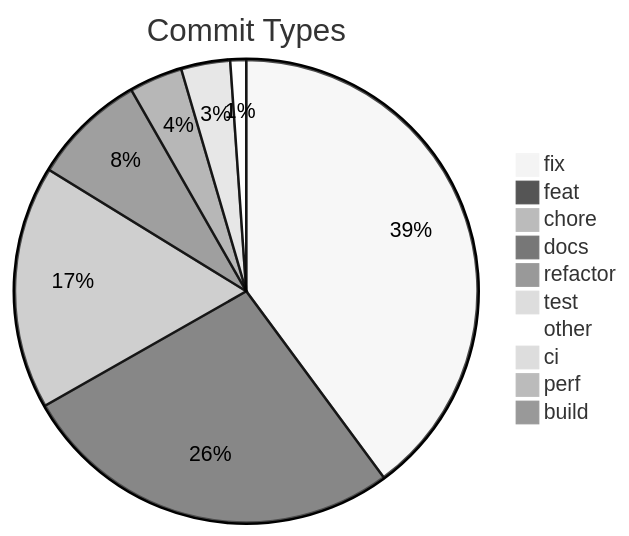
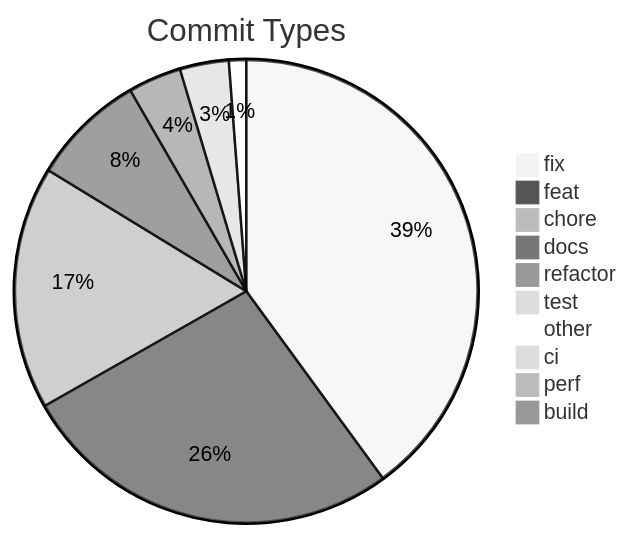
Before and after one commit to svenroth-ai/shipwright-webui: the diagram in .shipwright/compliance/change-history.md, drawn with Mermaid (neutral theme). The commit also changed other lines of this file and 19 other files, not shown here.

````diff
--- a/.shipwright/compliance/change-history.md
+++ b/.shipwright/compliance/change-history.md
@@ -10,13 +10,13 @@
 ```mermaid
 pie title Commit Types
-    "fix" : 396
+    "fix" : 398
     "feat" : 267
     "chore" : 169
     "docs" : 79
     "refactor" : 37
     "test" : 34
-    "other" : 11
+    "other" : 12
     "ci" : 8
     "perf" : 5
     "build" : 2
 ```
````
